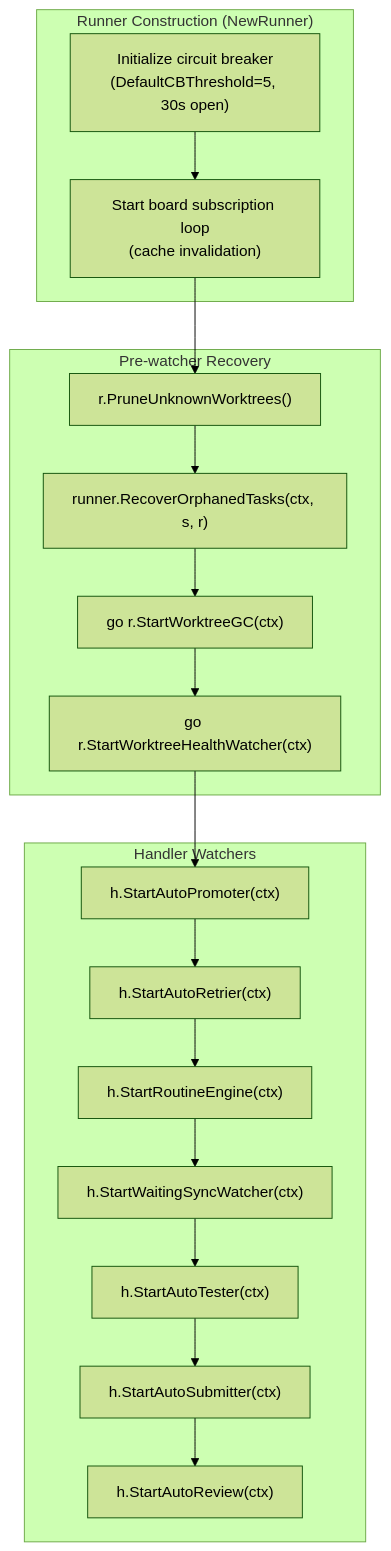
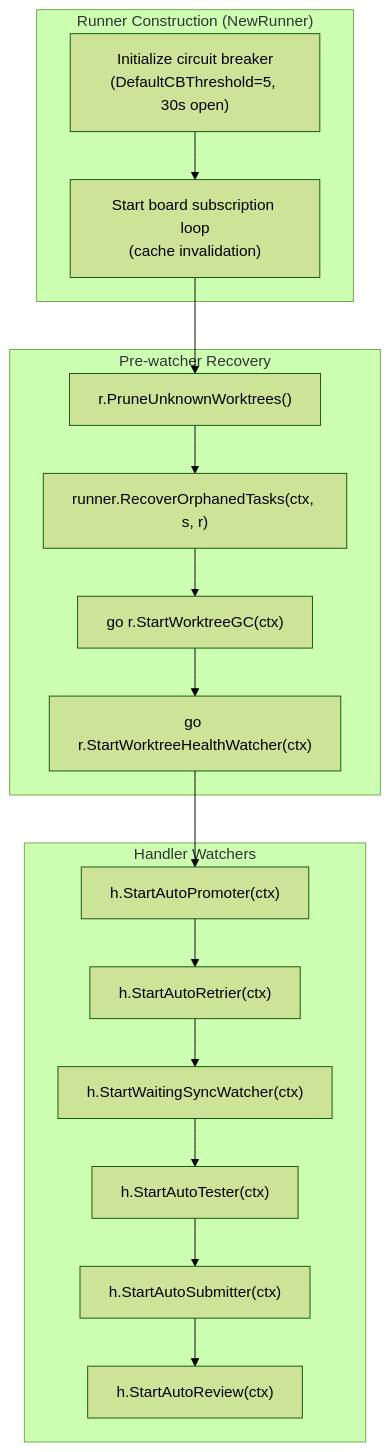
One commit to changkun/wallfacer changed the first of 5 diagrams in docs/internals/automation.md. Above: the diagram before and after it, drawn with Mermaid (forest theme). The commit also changed other lines of this file and 40 other files, not shown here.

````diff
--- a/docs/internals/automation.md
+++ b/docs/internals/automation.md
@@ -31,27 +31,26 @@
 ```mermaid
 flowchart TD
     subgraph "Runner Construction (NewRunner)"
         A1["Initialize circuit breaker<br/>(DefaultCBThreshold=5, 30s open)"]
         A2["Start board subscription loop<br/>(cache invalidation)"]
     end
 
     subgraph "Pre-watcher Recovery"
         B1["r.PruneUnknownWorktrees()"]
         B2["runner.RecoverOrphanedTasks(ctx, s, r)"]
         B3["go r.StartWorktreeGC(ctx)"]
         B4["go r.StartWorktreeHealthWatcher(ctx)"]
     end
 
     subgraph "Handler Watchers"
         C1["h.StartAutoPromoter(ctx)"]
         C2["h.StartAutoRetrier(ctx)"]
-        C3["h.StartRoutineEngine(ctx)"]
-        C4["h.StartWaitingSyncWatcher(ctx)"]
-        C5["h.StartAutoTester(ctx)"]
-        C6["h.StartAutoSubmitter(ctx)"]
-        C7["h.StartAutoReview(ctx)"]
+        C3["h.StartWaitingSyncWatcher(ctx)"]
+        C4["h.StartAutoTester(ctx)"]
+        C5["h.StartAutoSubmitter(ctx)"]
+        C6["h.StartAutoReview(ctx)"]
     end
 
     A1 --> A2 --> B1 --> B2 --> B3 --> B4
-    B4 --> C1 --> C2 --> C3 --> C4 --> C5 --> C6 --> C7
+    B4 --> C1 --> C2 --> C3 --> C4 --> C5 --> C6
 ```
````
